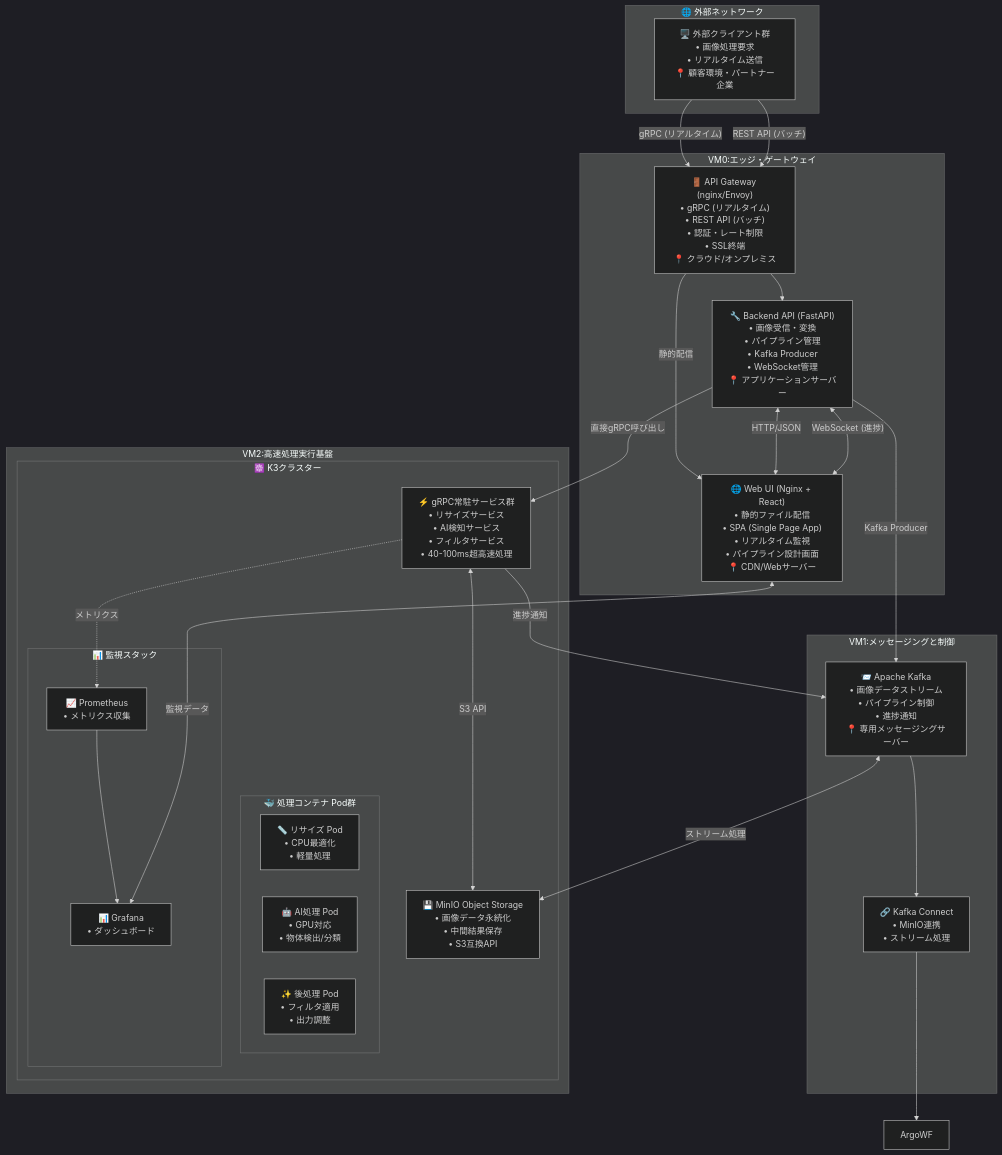
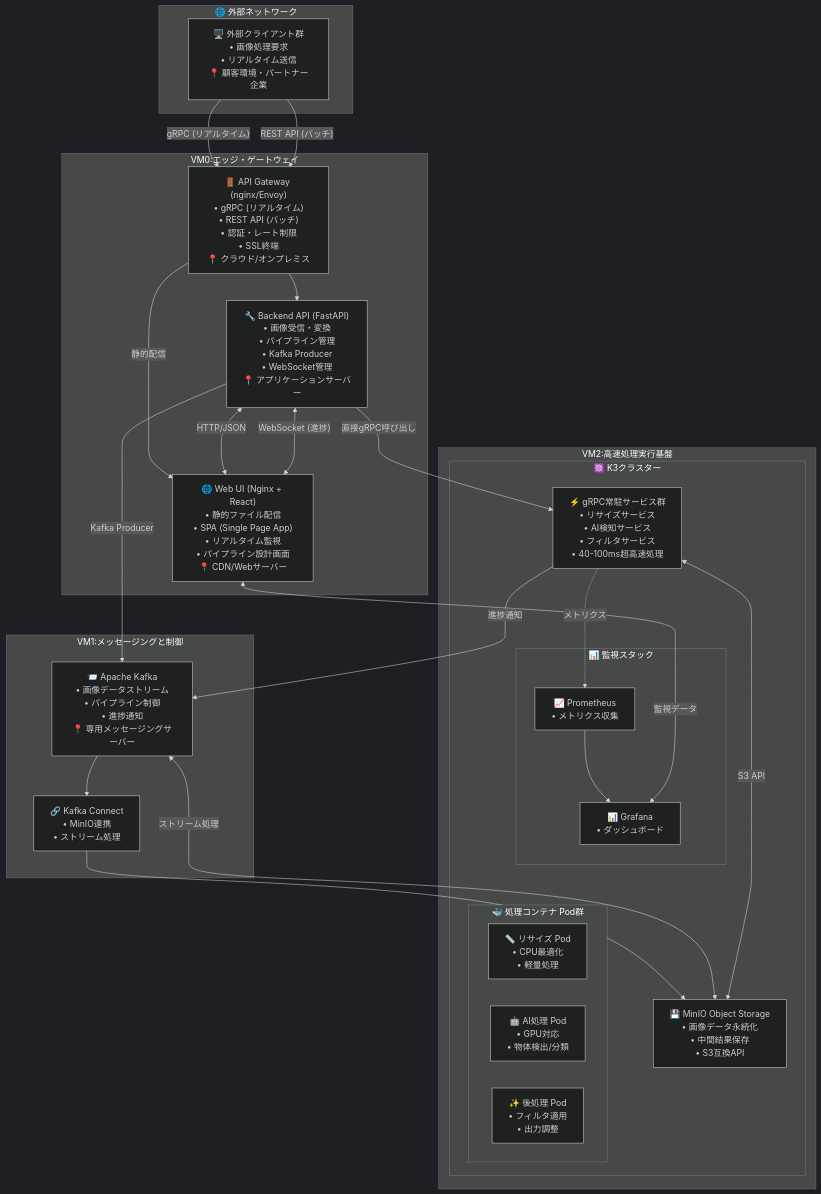
Before and after one commit to daichiTAAA/ImageFlowCanvas: the first of 3 diagrams in docs/0300_設計_アプローチ1/0302_アーキテクチャ設計.md, drawn with Mermaid (dark theme). The commit also changed other lines of this file and 7 other files, not shown here.

````diff
--- a/docs/0300_設計_アプローチ1/0302_アーキテクチャ設計.md
+++ b/docs/0300_設計_アプローチ1/0302_アーキテクチャ設計.md
@@ -21,66 +21,66 @@
 ```mermaid
 graph TD
     %% 外部ネットワーク層
     subgraph External["🌐 外部ネットワーク"]
         ExternalClients["🖥️ 外部クライアント群<br/>• 画像処理要求<br/>• リアルタイム送信<br/>📍 顧客環境・パートナー企業"]
     end
     
     %% クラウド/エッジ層 (VM0)
     subgraph VM0["VM0:エッジ・ゲートウェイ"]
         APIGateway["🚪 API Gateway (nginx/Envoy)<br/>• gRPC (リアルタイム)<br/>• REST API (バッチ)<br/>• 認証・レート制限<br/>• SSL終端<br/>📍 クラウド/オンプレミス"]
         
         BackendAPI["🔧 Backend API (FastAPI)<br/>• 画像受信・変換<br/>• パイプライン管理<br/>• Kafka Producer<br/>• WebSocket管理<br/>📍 アプリケーションサーバー"]
         
         WebUI["🌐 Web UI (Nginx + React)<br/>• 静的ファイル配信<br/>• SPA (Single Page App)<br/>• リアルタイム監視<br/>• パイプライン設計画面<br/>📍 CDN/Webサーバー"]
     end
     
     %% メッセージング層 (VM1)
     subgraph VM1["VM1:メッセージングと制御"]
         Kafka["📨 Apache Kafka<br/>• 画像データストリーム<br/>• パイプライン制御<br/>• 進捗通知<br/>📍 専用メッセージングサーバー"]
         KafkaConnect["🔗 Kafka Connect<br/>• MinIO連携<br/>• ストリーム処理"]
     end
     
     %% 処理実行層 (VM2)
     subgraph VM2["VM2:高速処理実行基盤"]
         subgraph K3s["☸️ K3クラスター"]
             gRPCServices["⚡ gRPC常駐サービス群<br/>• リサイズサービス<br/>• AI検知サービス<br/>• フィルタサービス<br/>• 40-100ms超高速処理"]
             
             MinIO["💾 MinIO Object Storage<br/>• 画像データ永続化<br/>• 中間結果保存<br/>• S3互換API"]
             
             subgraph ProcessingPods["🐳 処理コンテナ Pod群"]
                 PodResize["📏 リサイズ Pod<br/>• CPU最適化<br/>• 軽量処理"]
                 PodAI["🤖 AI処理 Pod<br/>• GPU対応<br/>• 物体検出/分類"]
                 PodPost["✨ 後処理 Pod<br/>• フィルタ適用<br/>• 出力調整"]
             end
             
             subgraph MonitoringStack["📊 監視スタック"]
                 Prometheus["📈 Prometheus<br/>• メトリクス収集"]
                 Grafana["📊 Grafana<br/>• ダッシュボード"]
             end
         end
     end
     
     %% 接続関係（プロトコル最適化）
     ExternalClients -->|"gRPC (リアルタイム)"| APIGateway
     ExternalClients -->|"REST API (バッチ)"| APIGateway
     APIGateway --> BackendAPI
     APIGateway -->|"静的配信"| WebUI
     
     BackendAPI -->|"Kafka Producer"| Kafka
     BackendAPI <-->|"HTTP/JSON"| WebUI
     BackendAPI <-->|"WebSocket (進捗)"| WebUI
     
     Kafka --> KafkaConnect
-    KafkaConnect --> ArgoWF
+    KafkaConnect --> MinIO
     Kafka <-->|"ストリーム処理"| MinIO
     
     BackendAPI -->|"直接gRPC呼び出し"| gRPCServices
     
     gRPCServices <-->|"S3 API"| MinIO
     
     gRPCServices -->|"進捗通知"| Kafka
     
     gRPCServices -.->|"メトリクス"| Prometheus
     Prometheus --> Grafana
     WebUI <-->|"監視データ"| Grafana
 ```
````
